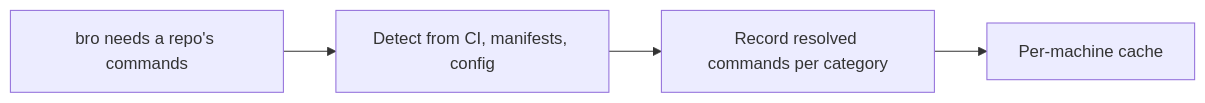
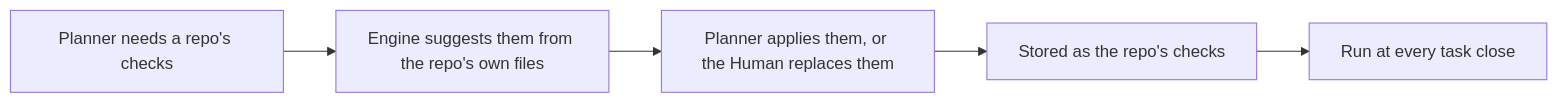
One commit to trustmybot/tmb changed the sixth of 24 diagrams in docs/architecture/FLOWS.md. Above: the diagram before and after it, drawn with Mermaid. The commit also changed other lines of this file and 38 other files, not shown here.

````diff
--- a/docs/architecture/FLOWS.md
+++ b/docs/architecture/FLOWS.md
@@ -76,6 +111,7 @@
 ```mermaid
 flowchart LR
-    A[bro needs a repo's commands] --> B[Detect from CI, manifests, config]
-    B --> C[Record resolved commands per category]
-    C --> D[Per-machine cache]
+    A["Planner needs a repo's checks"] --> B["Engine suggests them from the repo's own files"]
+    B --> C["Planner applies them, or the Human replaces them"]
+    C --> D["Stored as the repo's checks"]
+    D --> E["Run at every task close"]
 ```
````
